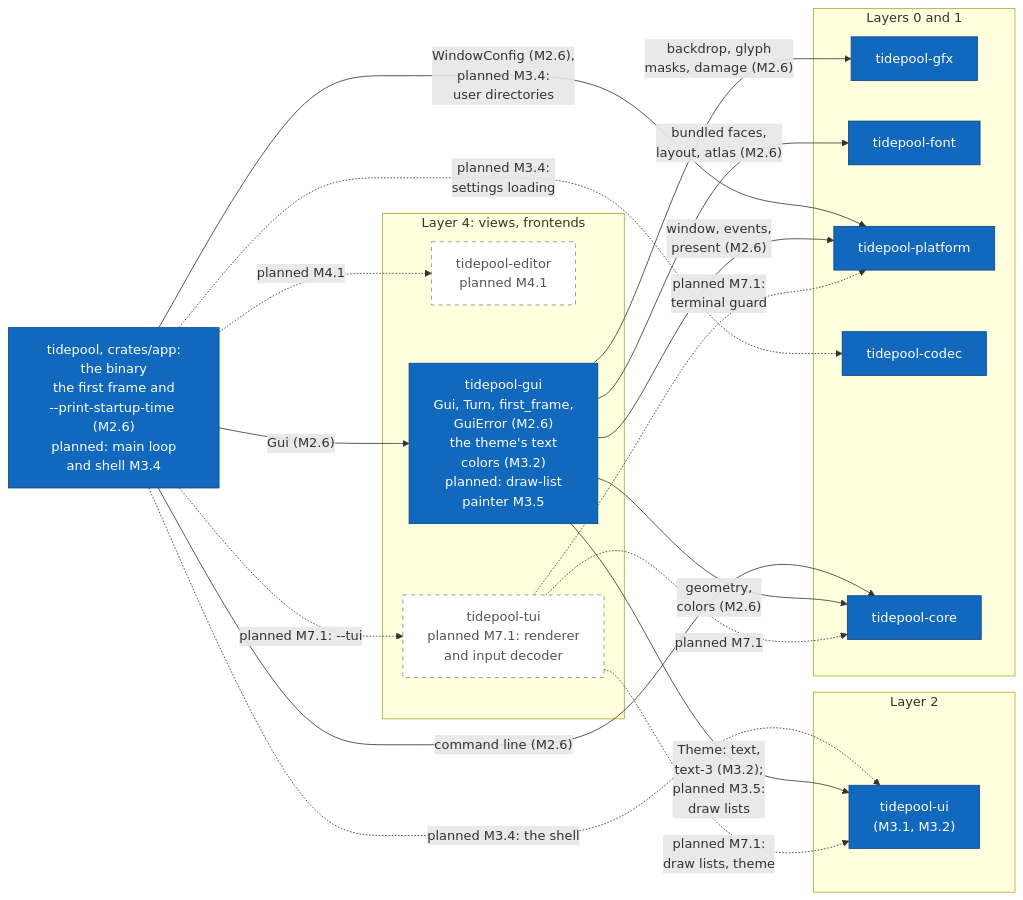
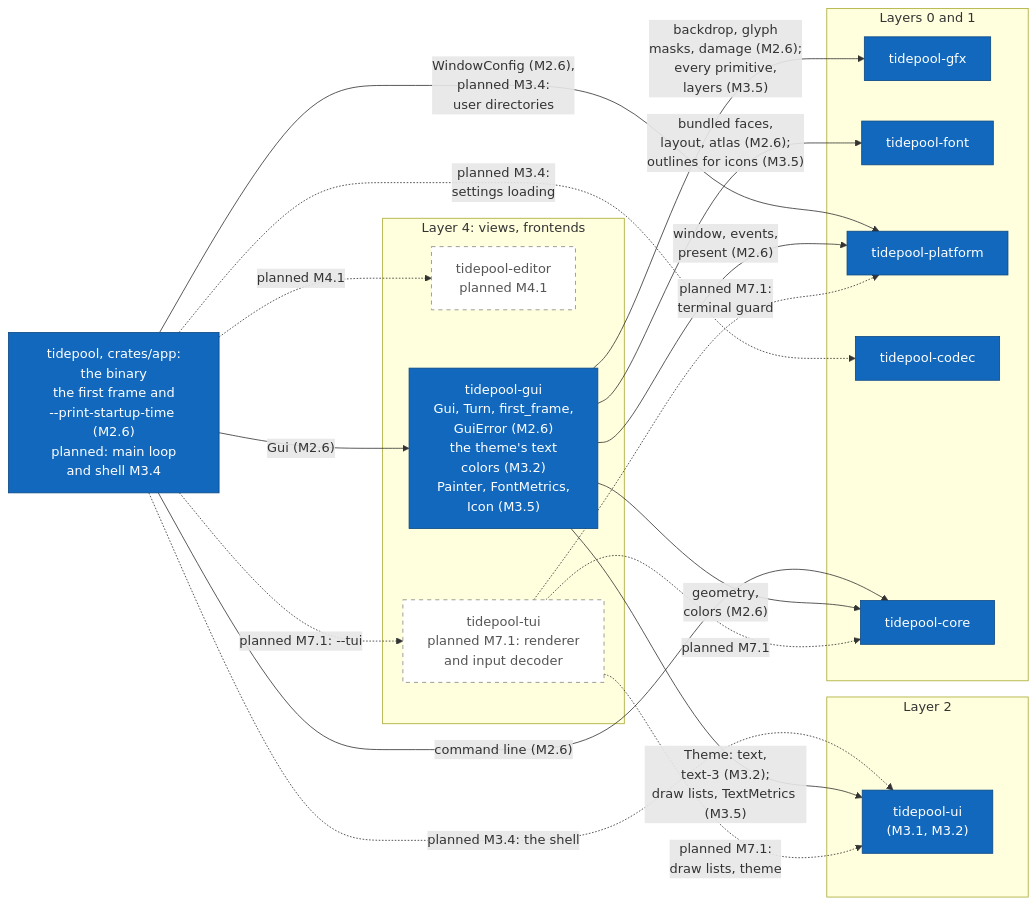
One commit to jabbott-iii/Tidepool changed the tenth of 17 diagrams in diagrams/c4-architecture.md. Above: the diagram before and after it, drawn with Mermaid. The commit also changed other lines of this file and 51 other files, not shown here.

First line of the commit message:
gui: draw-list painter and ui goldens (M3.5)

````diff
--- a/diagrams/c4-architecture.md
+++ b/diagrams/c4-architecture.md
@@ -531,40 +533,40 @@
 ```mermaid
 flowchart LR
     k_app["tidepool, crates/app:<br/>the binary<br/>the first frame and<br/>--print-startup-time (M2.6)<br/>planned: main loop<br/>and shell M3.4"]
     subgraph L4["Layer 4: views, frontends"]
         k_editor["tidepool-editor<br/>planned M4.1"]
-        k_gui["tidepool-gui<br/>Gui, Turn, first_frame,<br/>GuiError (M2.6)<br/>the theme's text<br/>colors (M3.2)<br/>planned: draw-list<br/>painter M3.5"]
+        k_gui["tidepool-gui<br/>Gui, Turn, first_frame,<br/>GuiError (M2.6)<br/>the theme's text<br/>colors (M3.2)<br/>Painter, FontMetrics,<br/>Icon (M3.5)"]
         k_tui["tidepool-tui<br/>planned M7.1: renderer<br/>and input decoder"]
     end
     subgraph L2["Layer 2"]
         k_ui["tidepool-ui<br/>(M3.1, M3.2)"]
     end
     subgraph L01["Layers 0 and 1"]
         k_gfx["tidepool-gfx"]
         k_font["tidepool-font"]
         k_platform["tidepool-platform"]
         k_codec["tidepool-codec"]
         k_core["tidepool-core"]
     end
 
     k_app -->|"Gui (M2.6)"| k_gui
     k_app -.->|"planned M7.1: --tui"| k_tui
     k_app -.->|"planned M4.1"| k_editor
     k_app -.->|"planned M3.4: the shell"| k_ui
     k_app -.->|"planned M3.4:<br/>settings loading"| k_codec
     k_app -->|"WindowConfig (M2.6),<br/>planned M3.4:<br/>user directories"| k_platform
     k_app -->|"command line (M2.6)"| k_core
     k_gui -->|"geometry,<br/>colors (M2.6)"| k_core
     k_gui -->|"window, events,<br/>present (M2.6)"| k_platform
-    k_gui -->|"backdrop, glyph<br/>masks, damage (M2.6)"| k_gfx
-    k_gui -->|"bundled faces,<br/>layout, atlas (M2.6)"| k_font
-    k_gui -->|"Theme: text,<br/>text-3 (M3.2);<br/>planned M3.5:<br/>draw lists"| k_ui
+    k_gui -->|"backdrop, glyph<br/>masks, damage (M2.6);<br/>every primitive,<br/>layers (M3.5)"| k_gfx
+    k_gui -->|"bundled faces,<br/>layout, atlas (M2.6);<br/>outlines for icons (M3.5)"| k_font
+    k_gui -->|"Theme: text,<br/>text-3 (M3.2);<br/>draw lists, TextMetrics (M3.5)"| k_ui
     k_tui -.->|"planned M7.1"| k_core
     k_tui -.->|"planned M7.1:<br/>terminal guard"| k_platform
     k_tui -.->|"planned M7.1:<br/>draw lists, theme"| k_ui
 
     classDef built fill:#1168bd,stroke:#0b4884,color:#ffffff
     classDef planned fill:#ffffff,stroke:#888888,stroke-dasharray: 5 5,color:#555555
     class k_app,k_gui,k_platform,k_codec,k_gfx,k_font,k_core,k_ui built
     class k_editor,k_tui planned
 ```
````
